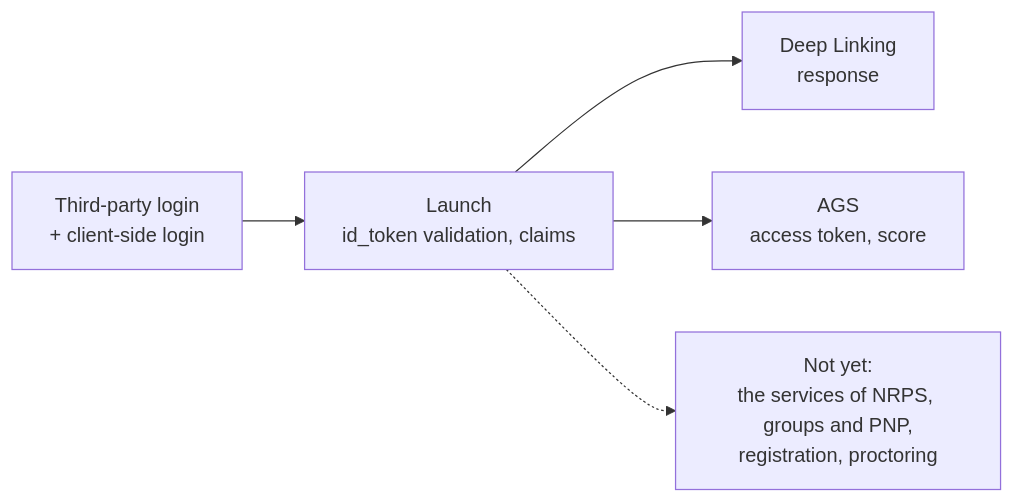
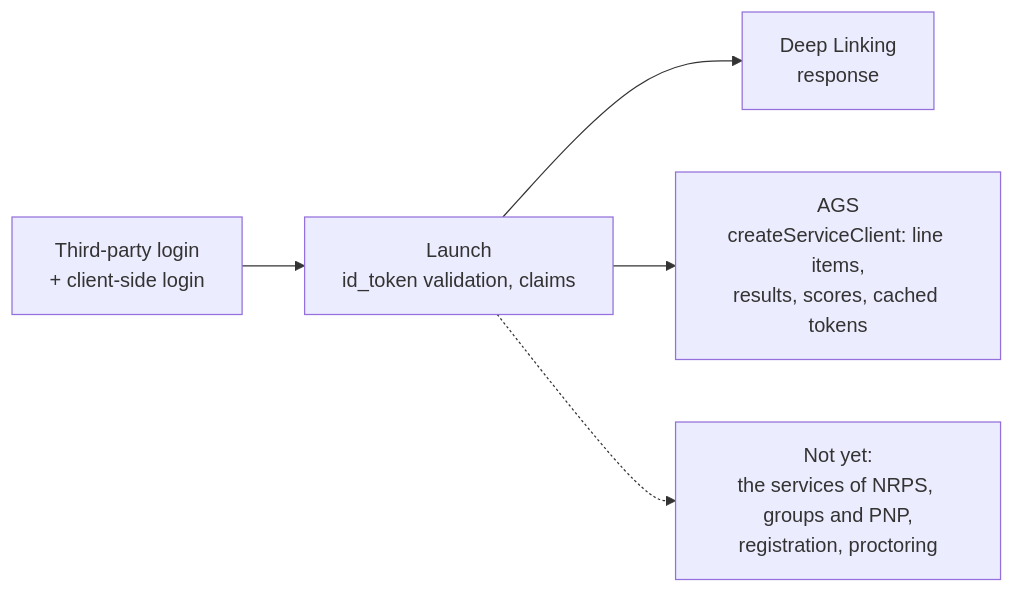
Before and after one commit to interopkit/interopkit: the first of 2 diagrams in docs/tool-integration/supported.md, drawn with Mermaid. The commit also changed other lines of this file and 58 other files, not shown here.

First line of the commit message:
Serve and call the Assignment and Grade Services over a GradebookStore, with a service client that reuses its tokens

````diff
--- a/docs/tool-integration/supported.md
+++ b/docs/tool-integration/supported.md
@@ -7,7 +7,7 @@
 ```mermaid
 flowchart LR
   login["Third-party login<br/>+ client-side login"] --> launch["Launch<br/>id_token validation, claims"]
   launch --> dl["Deep Linking<br/>response"]
-  launch --> ags["AGS<br/>access token, score"]
+  launch --> ags["AGS<br/>createServiceClient: line items,<br/>results, scores, cached tokens"]
   launch -.-> missing["Not yet:<br/>the services of NRPS, groups and PNP,<br/>registration, proctoring"]
 ```
````
